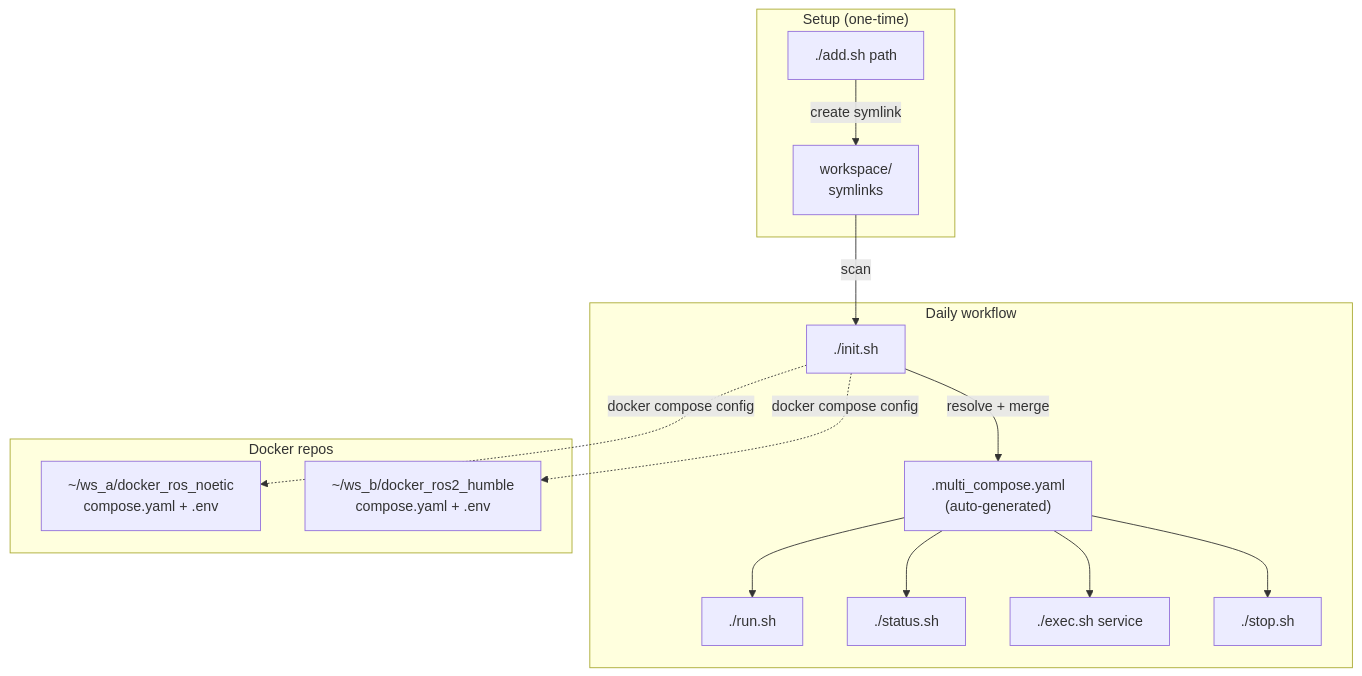
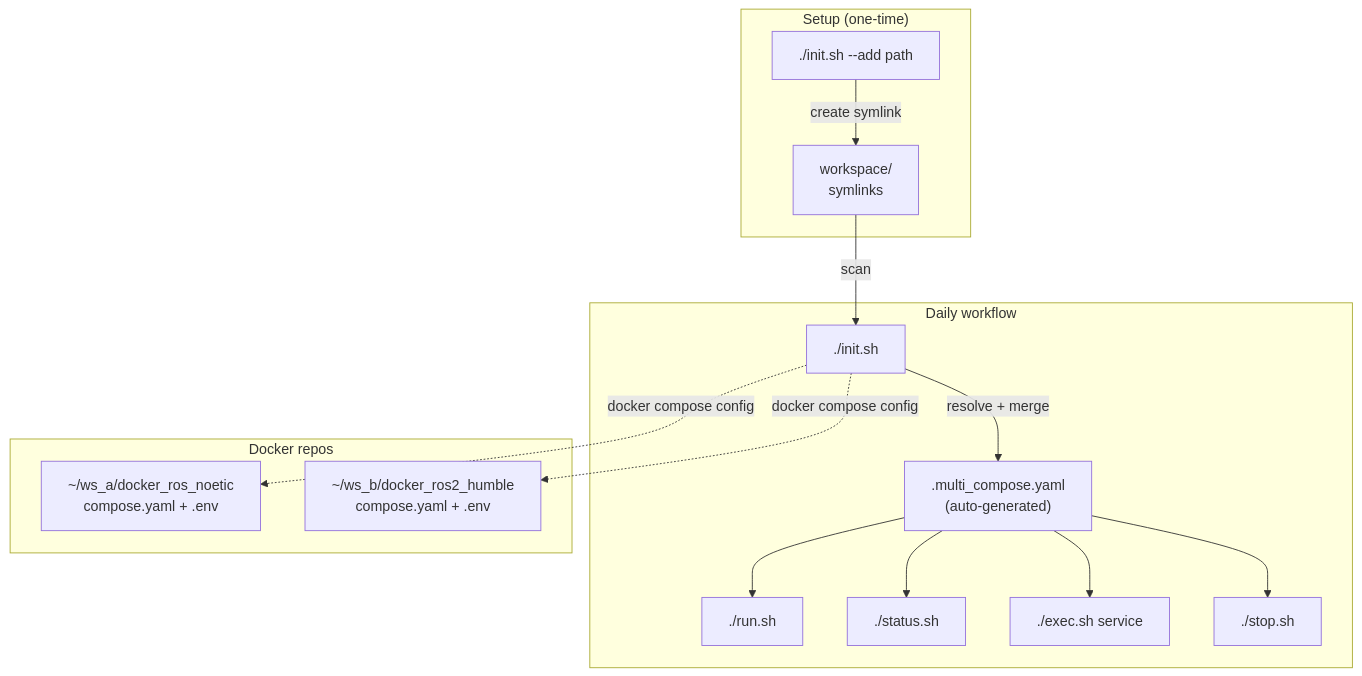
Before and after one commit to ycpss91255-docker/multi_run: the diagram in README.md, drawn with Mermaid. The commit also changed other lines of this file and 13 other files, not shown here.

````diff
--- a/README.md
+++ b/README.md
@@ -177,32 +177,32 @@
 ```mermaid
 flowchart TD
     subgraph "Setup (one-time)"
-        add["./add.sh path"]
+        add["./init.sh --add path"]
         ws["workspace/<br/>symlinks"]
         add -->|"create symlink"| ws
     end
 
     subgraph "Daily workflow"
         init["./init.sh"]
         compose[".multi_compose.yaml<br/>(auto-generated)"]
         run["./run.sh"]
         status["./status.sh"]
         exec["./exec.sh service"]
         stop["./stop.sh"]
 
         ws -->|"scan"| init
         init -->|"resolve + merge"| compose
         compose --> run
         compose --> status
         compose --> exec
         compose --> stop
     end
 
     subgraph "Docker repos"
         repo_a["~/ws_a/docker_ros_noetic<br/>compose.yaml + .env"]
         repo_b["~/ws_b/docker_ros2_humble<br/>compose.yaml + .env"]
     end
 
     init -.->|"docker compose config"| repo_a
     init -.->|"docker compose config"| repo_b
 ```
````
